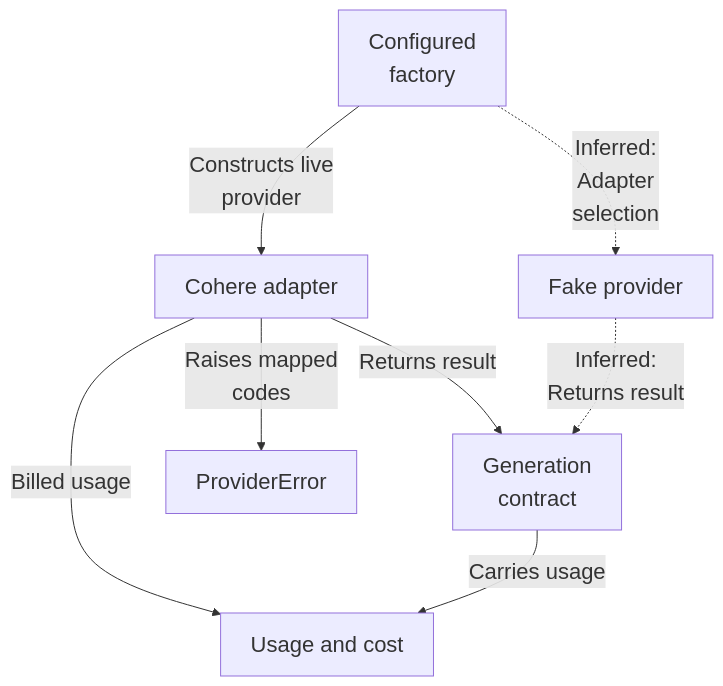
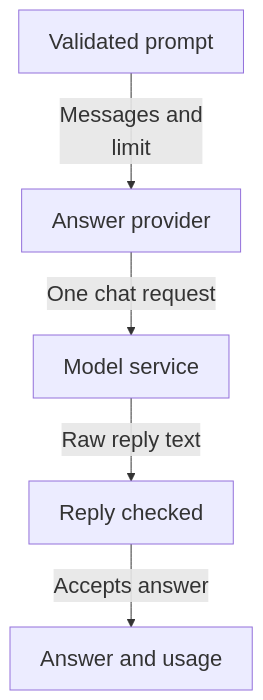
The first of 3 diagrams in maps/answers/README.md (Justin-Mendoza/Afterclass), drawn with Mermaid before and after one commit. The commit also changed other lines of this file and 91 other files, not shown here.

````diff
--- a/maps/answers/README.md
+++ b/maps/answers/README.md
@@ -23,17 +23,13 @@
 ```mermaid
 %%{init: {"themeVariables": {"fontSize": "22px"}}}%%
 flowchart TD
-  n0["Configured<br/>factory"]
-  n1["Cohere adapter"]
-  n2["Fake provider"]
-  n3["Generation<br/>contract"]
-  n4["ProviderError"]
-  n5["Usage and cost"]
-  n0 -->|"Constructs live<br/>provider"| n1
-  n1 -->|"Returns result"| n3
-  n2 -.->|"Inferred:<br/>Returns result"| n3
-  n1 -->|"Raises mapped<br/>codes"| n4
-  n1 -->|"Billed usage"| n5
-  n3 -->|"Carries usage"| n5
-  n0 -.->|"Inferred:<br/>Adapter<br/>selection"| n2
+  n0["Validated prompt"]
+  n1["Answer provider"]
+  n2["Model service"]
+  n3["Reply checked"]
+  n4["Answer and usage"]
+  n0 -->|"Messages and<br/>limit"| n1
+  n1 -->|"One chat request"| n2
+  n2 -->|"Raw reply text"| n3
+  n3 -->|"Accepts answer"| n4
 ```
````
